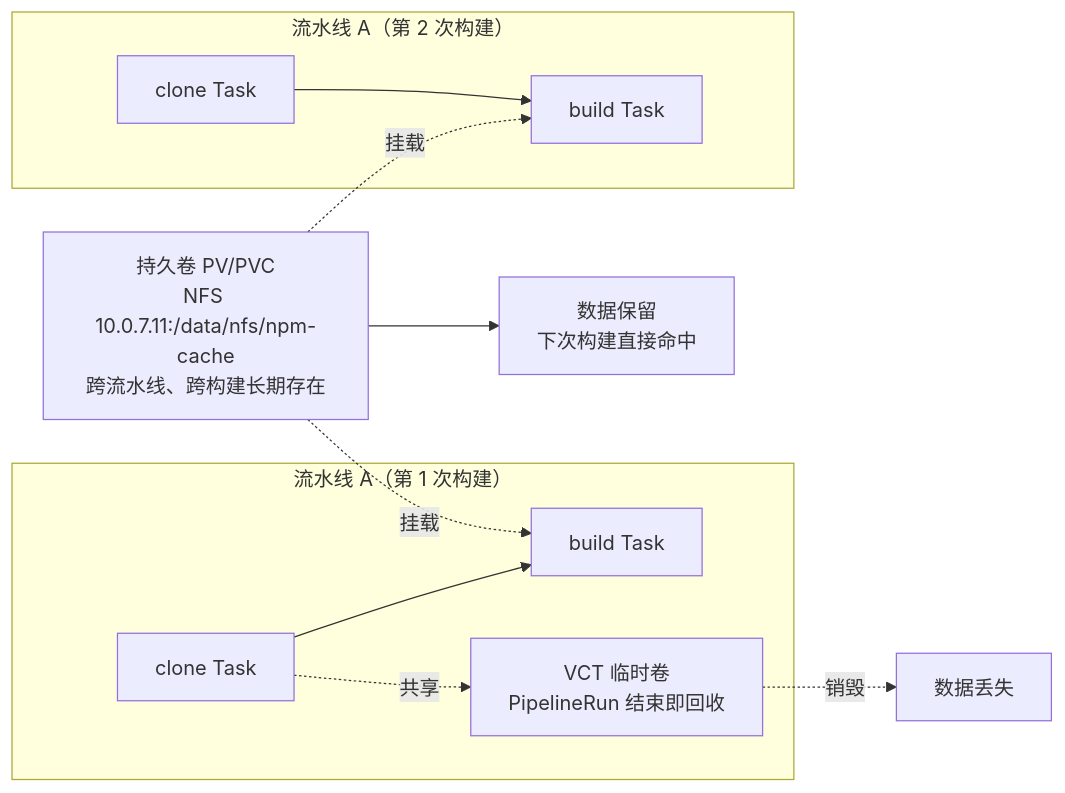
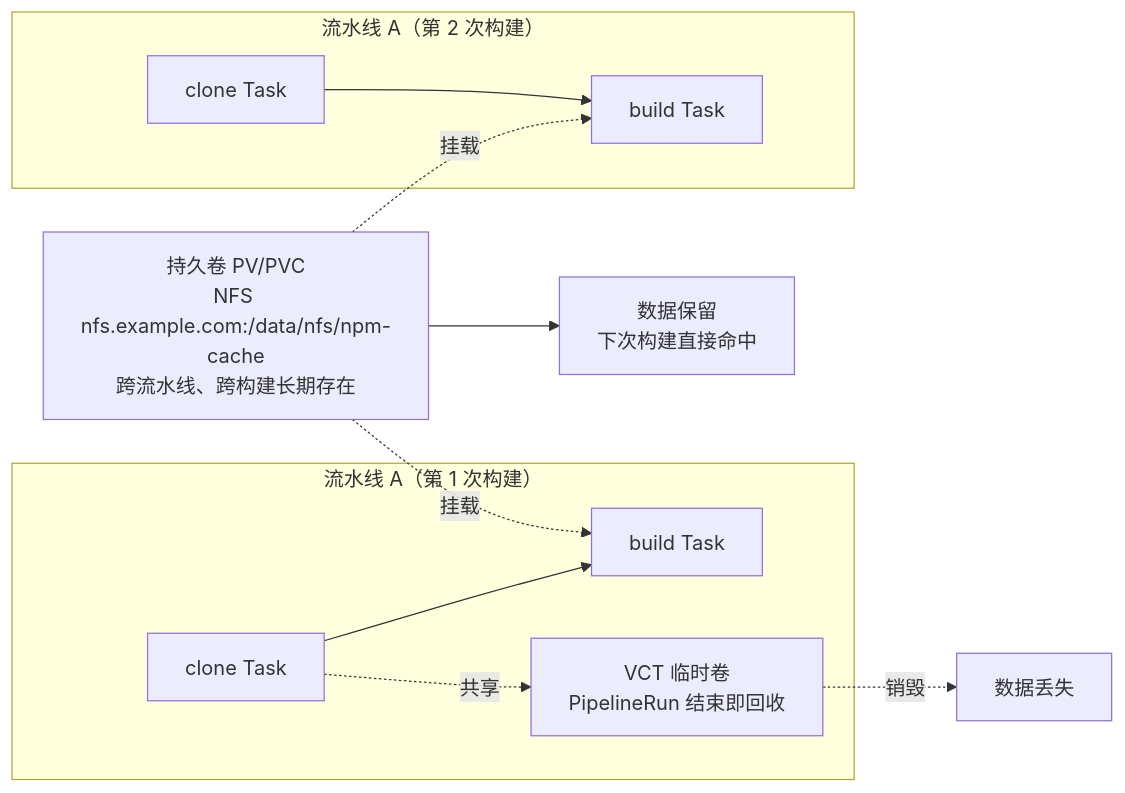
The first of 2 diagrams in work/target/mksz892/41_Volume持久化数据与Results数据传递.md (Ny-Open-Projects/web-x-blog), drawn with Mermaid before and after one commit. The commit also changed other lines of this file and 126 other files, not shown here.

````diff
--- a/work/target/mksz892/41_Volume持久化数据与Results数据传递.md
+++ b/work/target/mksz892/41_Volume持久化数据与Results数据传递.md
@@ -30,14 +30,14 @@
 ```mermaid
 flowchart LR
     subgraph P1["流水线 A（第 1 次构建）"]
         T1["clone Task"] --> T2["build Task"]
         T1 -.共享.-> VCT["VCT 临时卷<br/>PipelineRun 结束即回收"]
     end
     subgraph P2["流水线 A（第 2 次构建）"]
         T3["clone Task"] --> T4["build Task"]
     end
-    PVC["持久卷 PV/PVC<br/>NFS 10.0.7.11:/data/nfs/npm-cache<br/>跨流水线、跨构建长期存在"] -.挂载.-> T2
+    PVC["持久卷 PV/PVC<br/>NFS nfs.example.com:/data/nfs/npm-cache<br/>跨流水线、跨构建长期存在"] -.挂载.-> T2
     PVC -.挂载.-> T4
     VCT -.销毁.-> X["数据丢失"]
     PVC --> Y["数据保留<br/>下次构建直接命中"]
 ```
````
